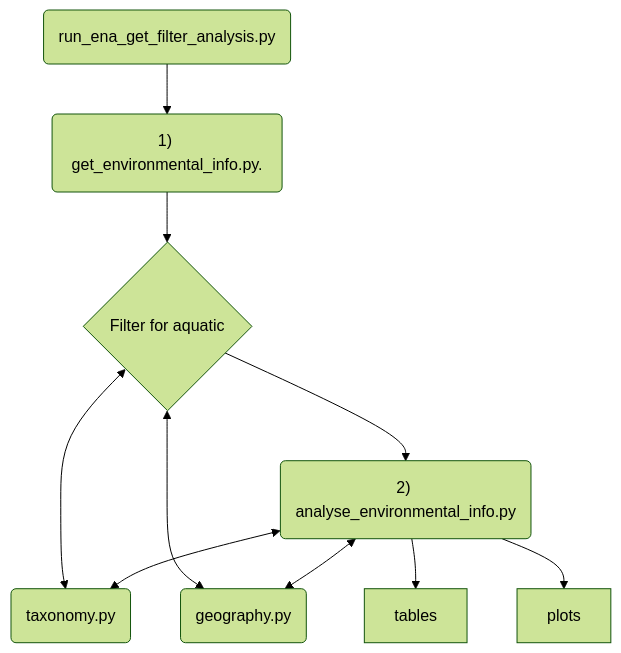
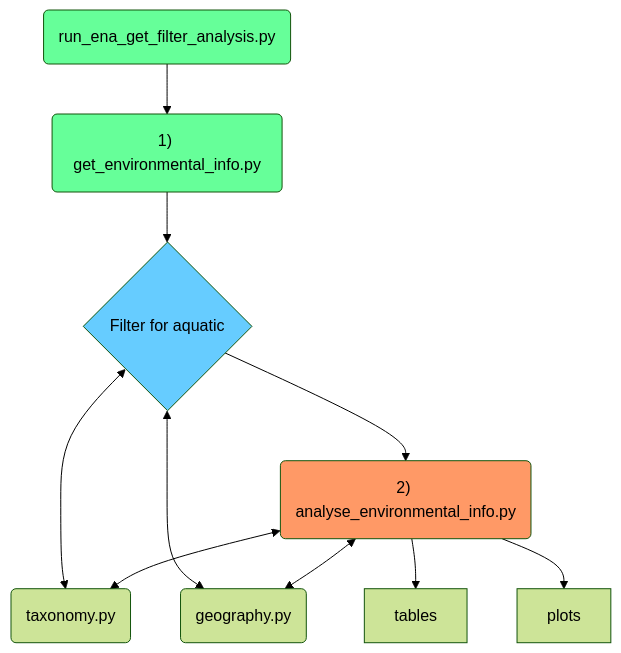
One commit to Woolly-at-EBI/eDNAAqua-Plan changed the first of 2 diagrams in README.md. Above: the diagram before and after it, drawn with Mermaid (forest theme). The commit also changed other lines of this file and 1 other file, not shown here.

````diff
--- a/README.md
+++ b/README.md
@@ -16,15 +16,18 @@
 ```mermaid
 flowchart TD
-      overall("run_ena_get_filter_analysis.py")-->get("1) get_environmental_info.py.")
+
+      overall("run_ena_get_filter_analysis.py"):::startclass-->get("1) get_environmental_info.py"):::startclass
       Filter<-->tax("taxonomy.py")
       Filter<-->geog("geography.py")
-      get-->Filter{Filter for aquatic}
-      Filter-->analyse("2) analyse_environmental_info.py")
+      get-->Filter{Filter for aquatic}:::aquaticclass
+      Filter-->analyse("2) analyse_environmental_info.py"):::decisionclass
       analyse<-->tax
       analyse<-->geog
       analyse-->tables["tables"]
       analyse-->plots["plots"]
-      
-      
+
+      classDef startclass fill:#66ff99
+      classDef decisionclass fill:#f96
+      classDef aquaticclass fill:#66ccff
 
 ```
````
